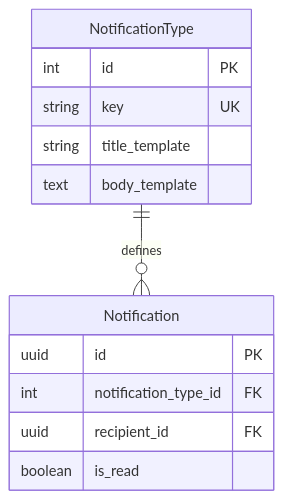
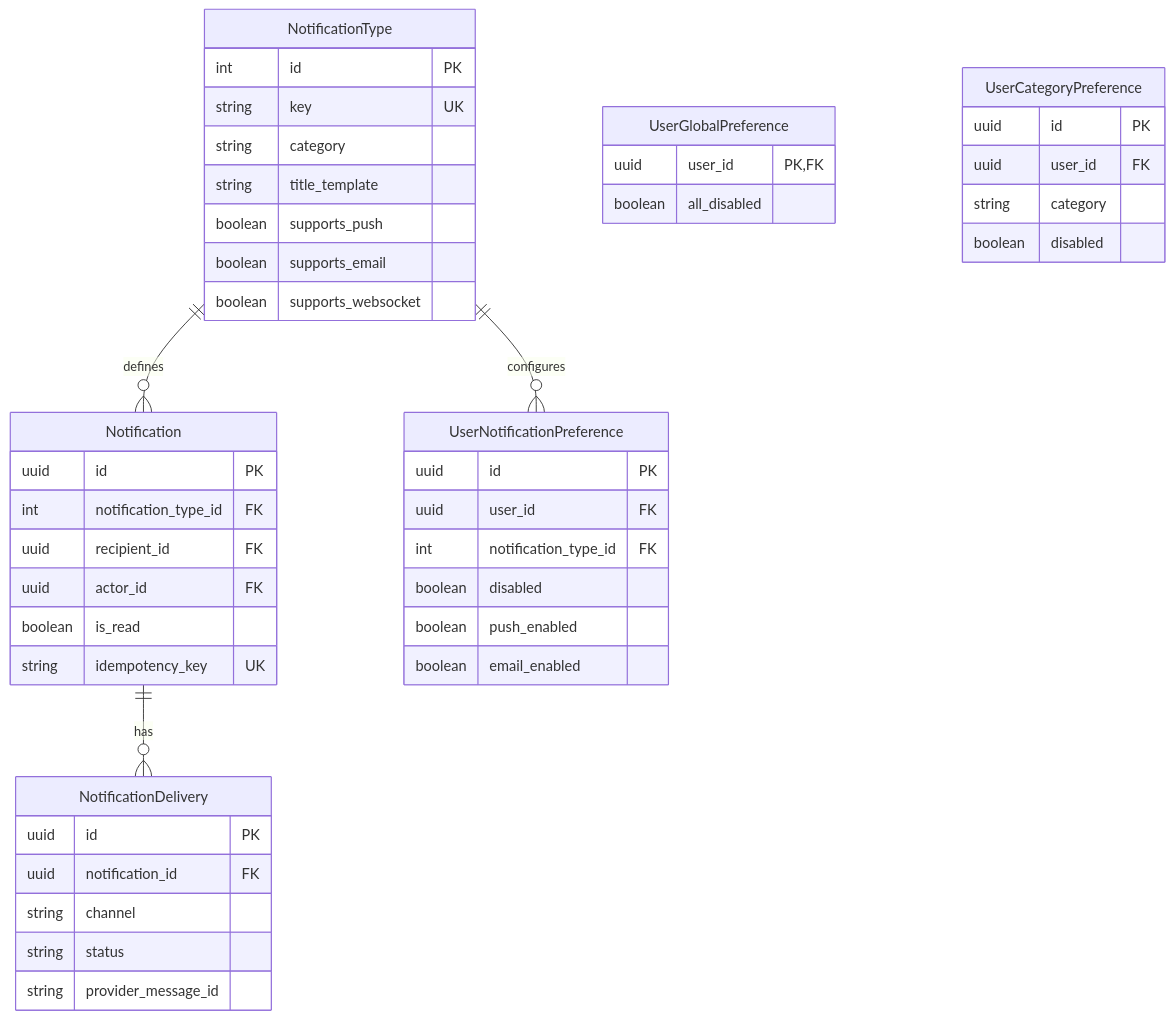
One commit to vuongdovu/soundwalkbackend changed the sixth of 7 diagrams in ARCHITECTURE.md. Above: the diagram before and after it, drawn with Mermaid. The commit also changed other lines of this file and 18 other files, not shown here.

First line of the commit message:
Add notification preferences and delivery tracking system

````diff
--- a/ARCHITECTURE.md
+++ b/ARCHITECTURE.md
@@ -255,17 +255,49 @@
 ```mermaid
 erDiagram
     NotificationType {
         int id PK
         string key UK
+        string category
         string title_template
-        text body_template
+        boolean supports_push
+        boolean supports_email
+        boolean supports_websocket
     }
     Notification {
         uuid id PK
         int notification_type_id FK
         uuid recipient_id FK
+        uuid actor_id FK
         boolean is_read
+        string idempotency_key UK
+    }
+    UserGlobalPreference {
+        uuid user_id PK,FK
+        boolean all_disabled
+    }
+    UserCategoryPreference {
+        uuid id PK
+        uuid user_id FK
+        string category
+        boolean disabled
+    }
+    UserNotificationPreference {
+        uuid id PK
+        uuid user_id FK
+        int notification_type_id FK
+        boolean disabled
+        boolean push_enabled
+        boolean email_enabled
+    }
+    NotificationDelivery {
+        uuid id PK
+        uuid notification_id FK
+        string channel
+        string status
+        string provider_message_id
     }
 
     NotificationType ||--o{ Notification : defines
+    Notification ||--o{ NotificationDelivery : has
+    NotificationType ||--o{ UserNotificationPreference : configures
 ```
````
